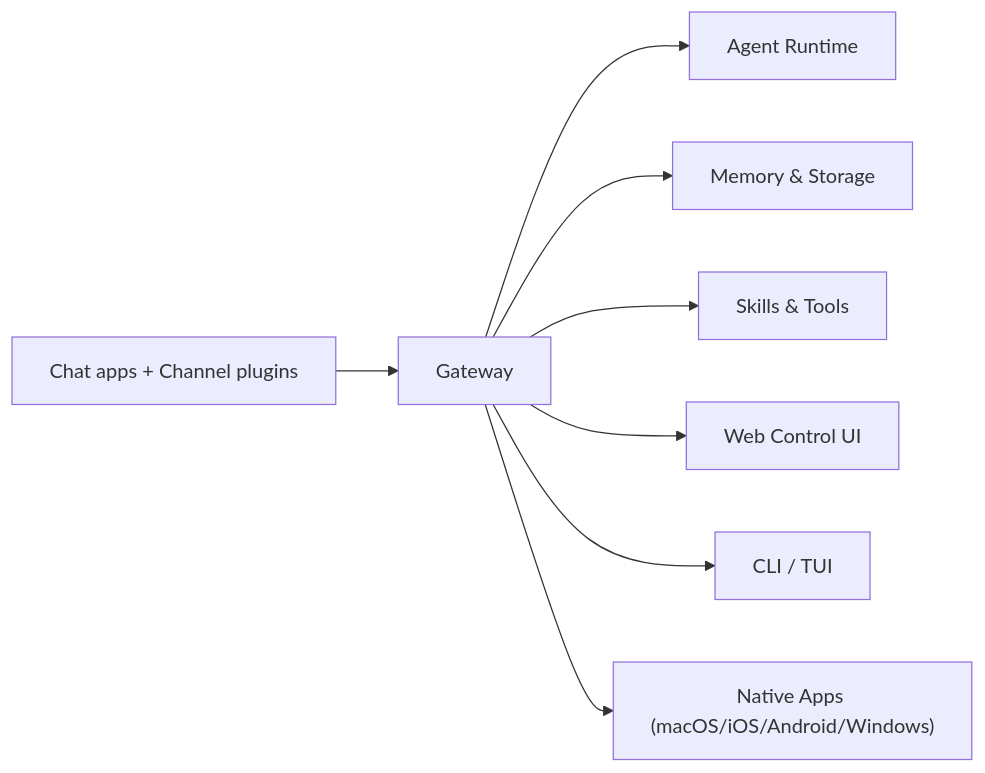
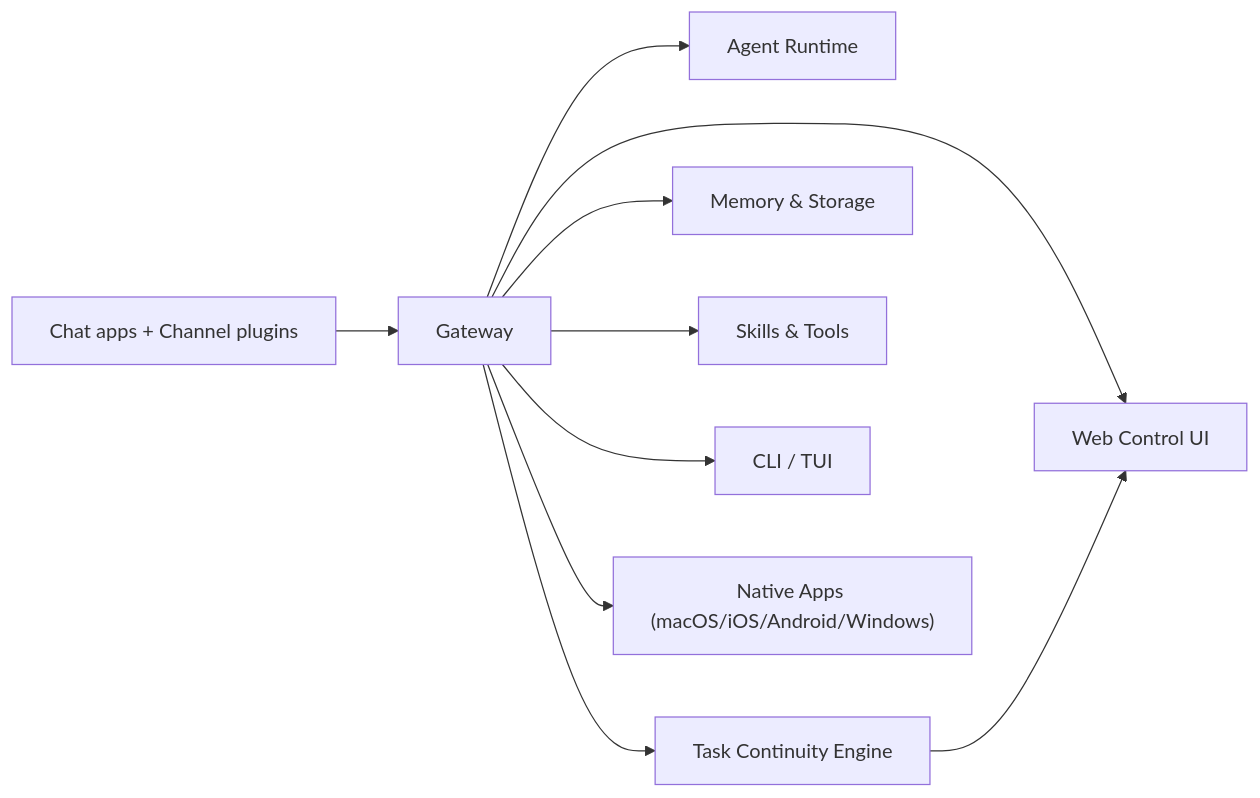
Before and after one commit to NJX-njx/opensoul: the diagram in docs/index.md, drawn with Mermaid. The commit also changed other lines of this file and 12 other files, not shown here.

First line of the commit message:
docs: enhance README and documentation for task continuity features

````diff
--- a/docs/index.md
+++ b/docs/index.md
@@ -62,10 +63,12 @@
 ```mermaid
 flowchart LR
   A["Chat apps + Channel plugins"] --> B["Gateway"]
   B --> C["Agent Runtime"]
-  B --> D["Memory & Storage"]
-  B --> E["Skills & Tools"]
-  B --> F["Web Control UI"]
-  B --> G["CLI / TUI"]
-  B --> H["Native Apps (macOS/iOS/Android/Windows)"]
+  B --> D["Task Continuity Engine"]
+  B --> E["Memory & Storage"]
+  B --> F["Skills & Tools"]
+  B --> G["Web Control UI"]
+  D --> G
+  B --> H["CLI / TUI"]
+  B --> I["Native Apps (macOS/iOS/Android/Windows)"]
 ```
````
